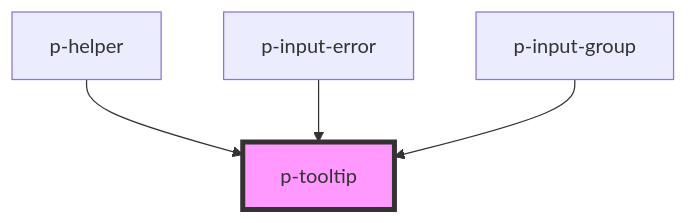
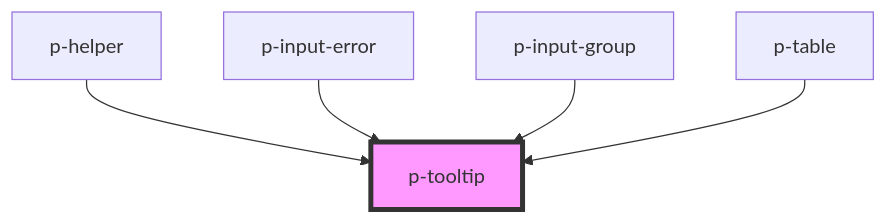
Before and after one commit to Employes/paperless: the diagram in packages/core/src/components/atoms/tooltip/readme.md, drawn with Mermaid. The commit also changed other lines of this file and 11 other files, not shown here.

````diff
--- a/packages/core/src/components/atoms/tooltip/readme.md
+++ b/packages/core/src/components/atoms/tooltip/readme.md
@@ -38,7 +39,8 @@
 ```mermaid
 graph TD;
   p-helper --> p-tooltip
   p-input-error --> p-tooltip
   p-input-group --> p-tooltip
+  p-table --> p-tooltip
   style p-tooltip fill:#f9f,stroke:#333,stroke-width:4px
 ```
````
